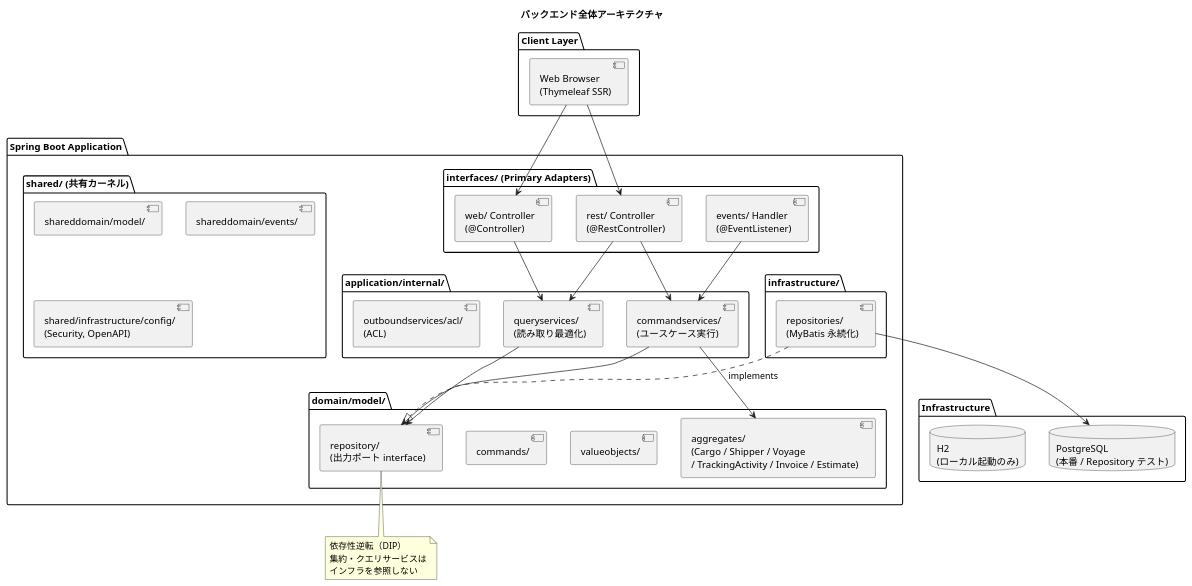
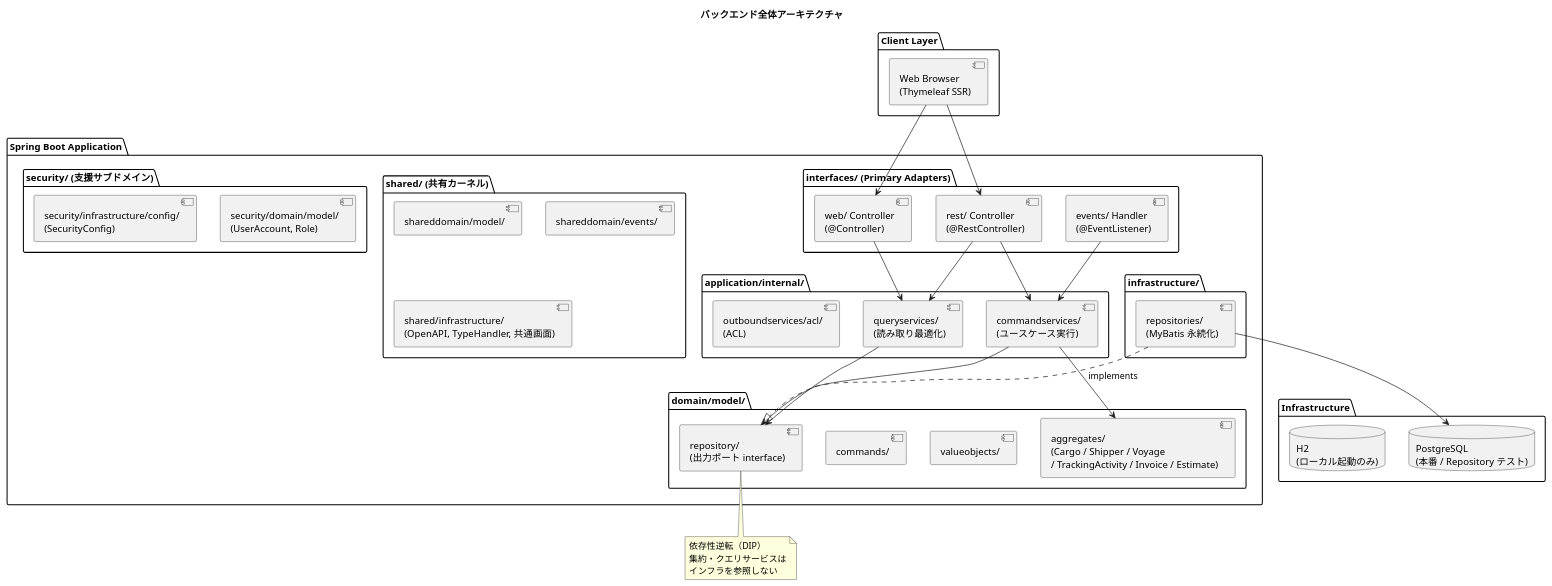
One commit to k2works/case-study-cargo-tracker changed the first of 7 diagrams in docs/design/architecture_backend.md. Above: the diagram before and after it, drawn with PlantUML. The commit also changed other lines of this file and 54 other files, not shown here.

````diff
--- a/docs/design/architecture_backend.md
+++ b/docs/design/architecture_backend.md
@@ -39,69 +39,74 @@
 ```plantuml
 @startuml
 title バックエンド全体アーキテクチャ
 
 package "Client Layer" {
   [Web Browser\n(Thymeleaf SSR)]
 }
 
 package "Spring Boot Application" {
 
   package "interfaces/ (Primary Adapters)" {
     [rest/ Controller\n(@RestController)]
     [web/ Controller\n(@Controller)]
     [events/ Handler\n(@EventListener)]
   }
 
   package "application/internal/" {
     [commandservices/\n(ユースケース実行)]
     [queryservices/\n(読み取り最適化)]
     [outboundservices/acl/\n(ACL)]
   }
 
   package "domain/model/" {
     [aggregates/\n(Cargo / Shipper / Voyage\n/ TrackingActivity / Invoice / Estimate)]
     [valueobjects/]
     [commands/]
     [repository/\n(出力ポート interface)]
   }
 
   package "infrastructure/" {
     [repositories/\n(MyBatis 永続化)]
   }
 
   package "shared/ (共有カーネル)" {
     [shareddomain/model/]
     [shareddomain/events/]
-    [shared/infrastructure/config/\n(Security, OpenAPI)]
+    [shared/infrastructure/\n(OpenAPI, TypeHandler, 共通画面)]
+  }
+
+  package "security/ (支援サブドメイン)" {
+    [security/domain/model/\n(UserAccount, Role)]
+    [security/infrastructure/config/\n(SecurityConfig)]
   }
 }
 
 package "Infrastructure" {
   database "PostgreSQL\n(本番 / Repository テスト)"
   database "H2\n(ローカル起動のみ)"
 }
 
 [Web Browser\n(Thymeleaf SSR)] --> [rest/ Controller\n(@RestController)]
 [Web Browser\n(Thymeleaf SSR)] --> [web/ Controller\n(@Controller)]
 
 [rest/ Controller\n(@RestController)] --> [commandservices/\n(ユースケース実行)]
 [rest/ Controller\n(@RestController)] --> [queryservices/\n(読み取り最適化)]
 [web/ Controller\n(@Controller)] --> [queryservices/\n(読み取り最適化)]
 [events/ Handler\n(@EventListener)] --> [commandservices/\n(ユースケース実行)]
 
 [commandservices/\n(ユースケース実行)] --> [aggregates/\n(Cargo / Shipper / Voyage\n/ TrackingActivity / Invoice / Estimate)]
 [commandservices/\n(ユースケース実行)] --> [repository/\n(出力ポート interface)]
 [queryservices/\n(読み取り最適化)] --> [repository/\n(出力ポート interface)]
 
 [repositories/\n(MyBatis 永続化)] ..|> [repository/\n(出力ポート interface)] : implements
 
 [repositories/\n(MyBatis 永続化)] --> [PostgreSQL\n(本番 / Repository テスト)]
 
 note bottom of [repository/\n(出力ポート interface)]
   依存性逆転（DIP）
   集約・クエリサービスは
   インフラを参照しない
 end note
 
 @enduml
 ```
````
